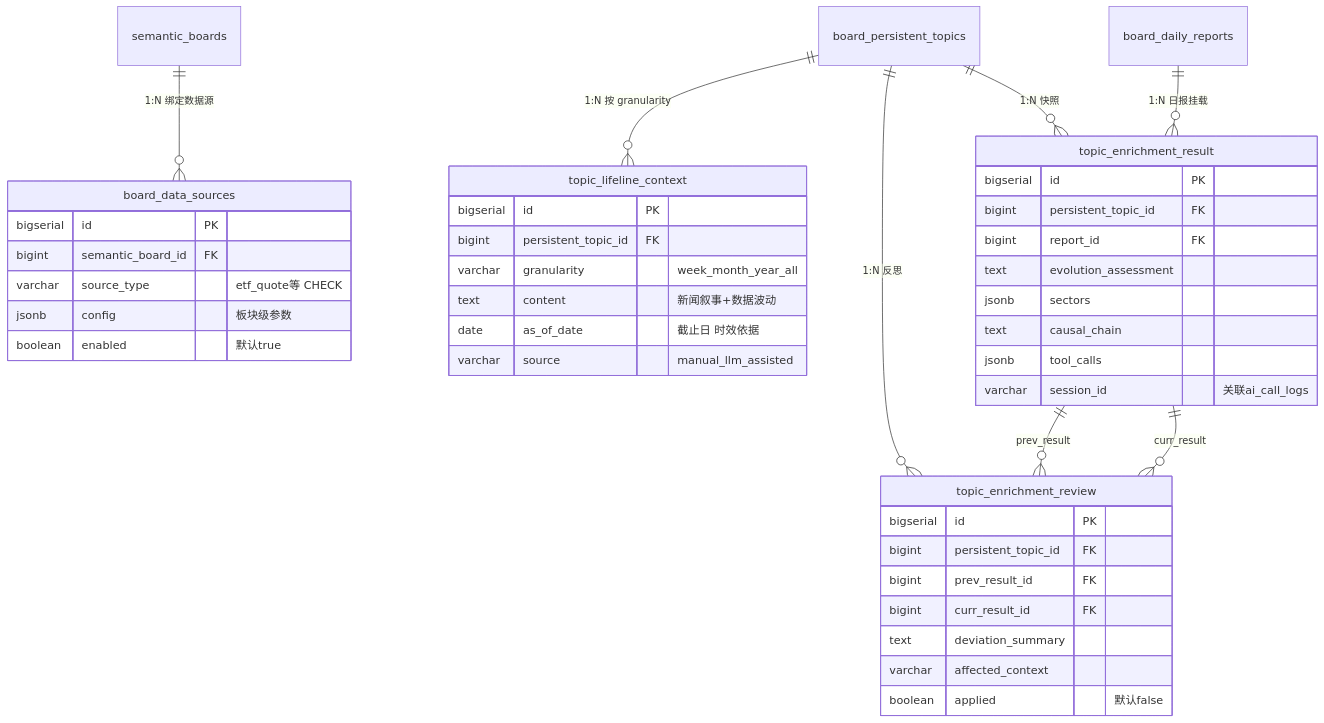
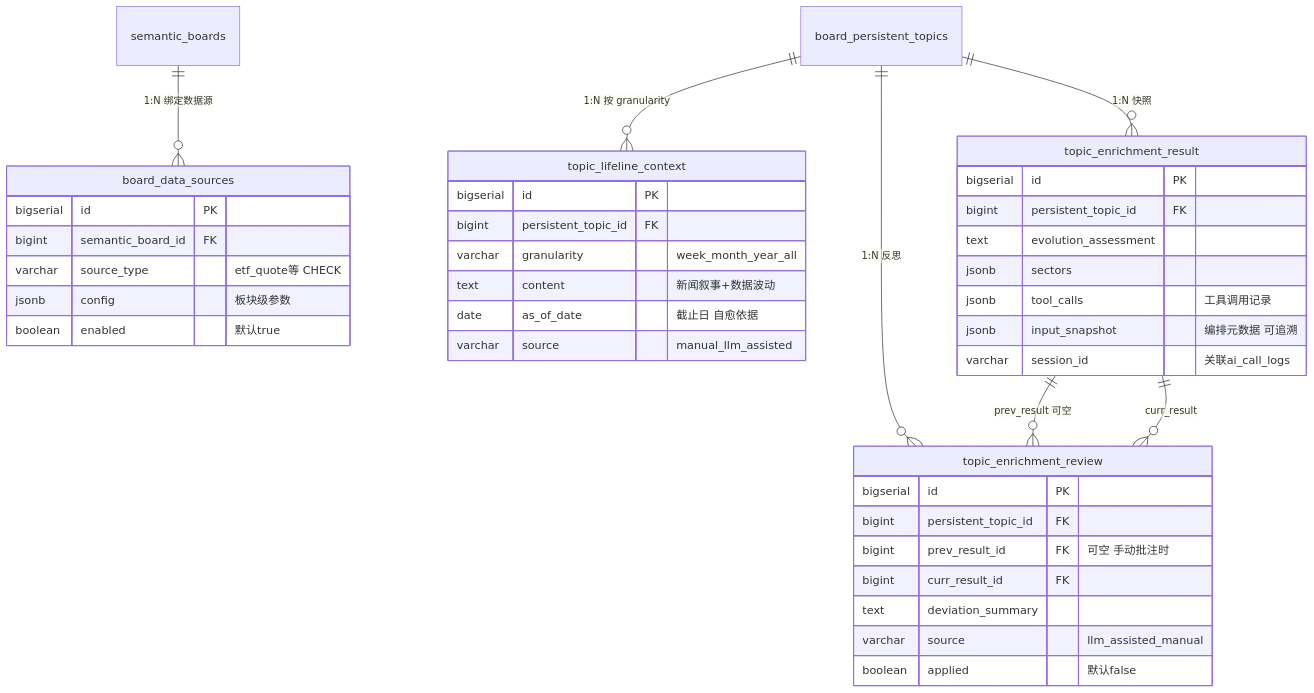
Before and after one commit to ZanebonoAlter/my-robot: the second of 6 diagrams in openspec/changes/data-enrichment-orchestration/overview.md, drawn with Mermaid. The commit also changed other lines of this file and 20 other files, not shown here.

````diff
--- a/openspec/changes/data-enrichment-orchestration/overview.md
+++ b/openspec/changes/data-enrichment-orchestration/overview.md
@@ -50,45 +52,43 @@
 ```mermaid
 erDiagram
     semantic_boards ||--o{ board_data_sources : "1:N 绑定数据源"
     board_persistent_topics ||--o{ topic_lifeline_context : "1:N 按 granularity"
     board_persistent_topics ||--o{ topic_enrichment_result : "1:N 快照"
     board_persistent_topics ||--o{ topic_enrichment_review : "1:N 反思"
-    board_daily_reports ||--o{ topic_enrichment_result : "1:N 日报挂载"
-    topic_enrichment_result ||--o{ topic_enrichment_review : "prev_result"
+    topic_enrichment_result ||--o{ topic_enrichment_review : "prev_result 可空"
     topic_enrichment_result ||--o{ topic_enrichment_review : "curr_result"
 
     board_data_sources {
         bigserial id PK
         bigint semantic_board_id FK
         varchar source_type "etf_quote等 CHECK"
         jsonb config "板块级参数"
         boolean enabled "默认true"
     }
     topic_lifeline_context {
         bigserial id PK
         bigint persistent_topic_id FK
         varchar granularity "week_month_year_all"
         text content "新闻叙事+数据波动"
-        date as_of_date "截止日 时效依据"
+        date as_of_date "截止日 自愈依据"
         varchar source "manual_llm_assisted"
     }
     topic_enrichment_result {
         bigserial id PK
         bigint persistent_topic_id FK
-        bigint report_id FK
         text evolution_assessment
         jsonb sectors
-        text causal_chain
-        jsonb tool_calls
+        jsonb tool_calls "工具调用记录"
+        jsonb input_snapshot "编排元数据 可追溯"
         varchar session_id "关联ai_call_logs"
     }
     topic_enrichment_review {
         bigserial id PK
         bigint persistent_topic_id FK
-        bigint prev_result_id FK
+        bigint prev_result_id FK "可空 手动批注时"
         bigint curr_result_id FK
         text deviation_summary
-        varchar affected_context
+        varchar source "llm_assisted_manual"
         boolean applied "默认false"
     }
 ```
````
